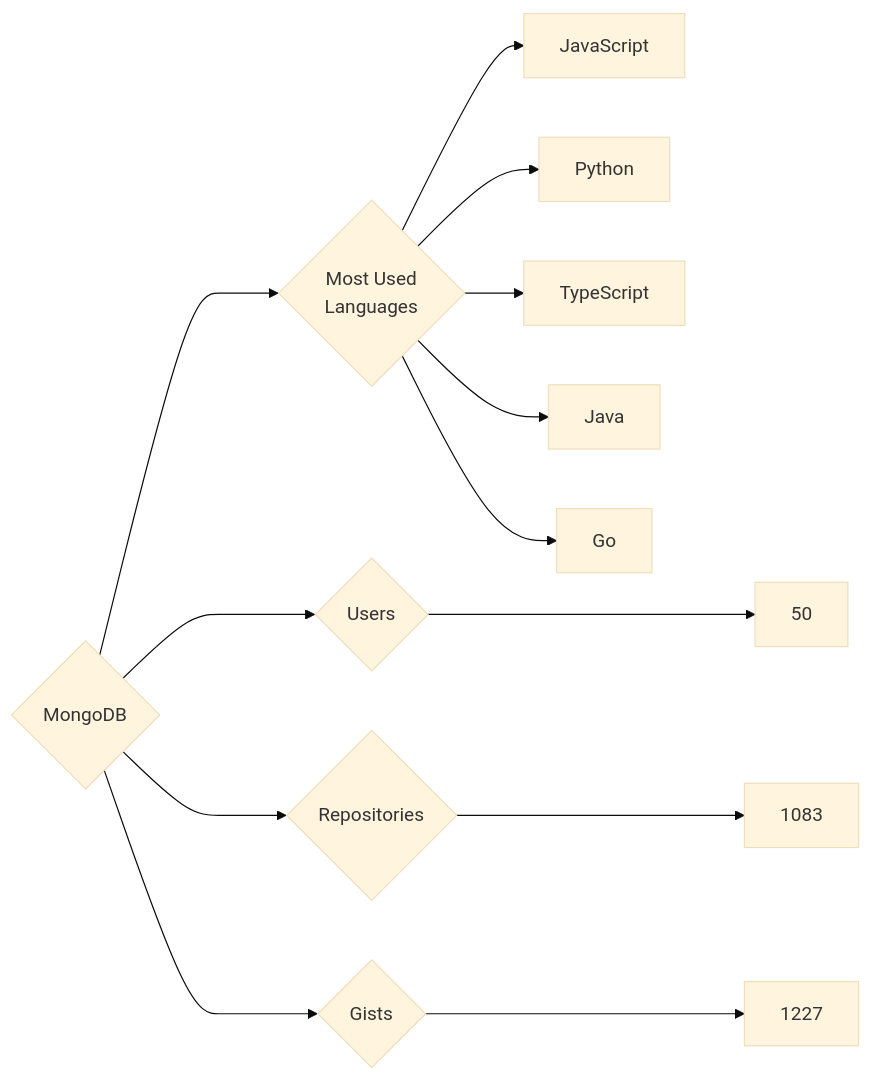
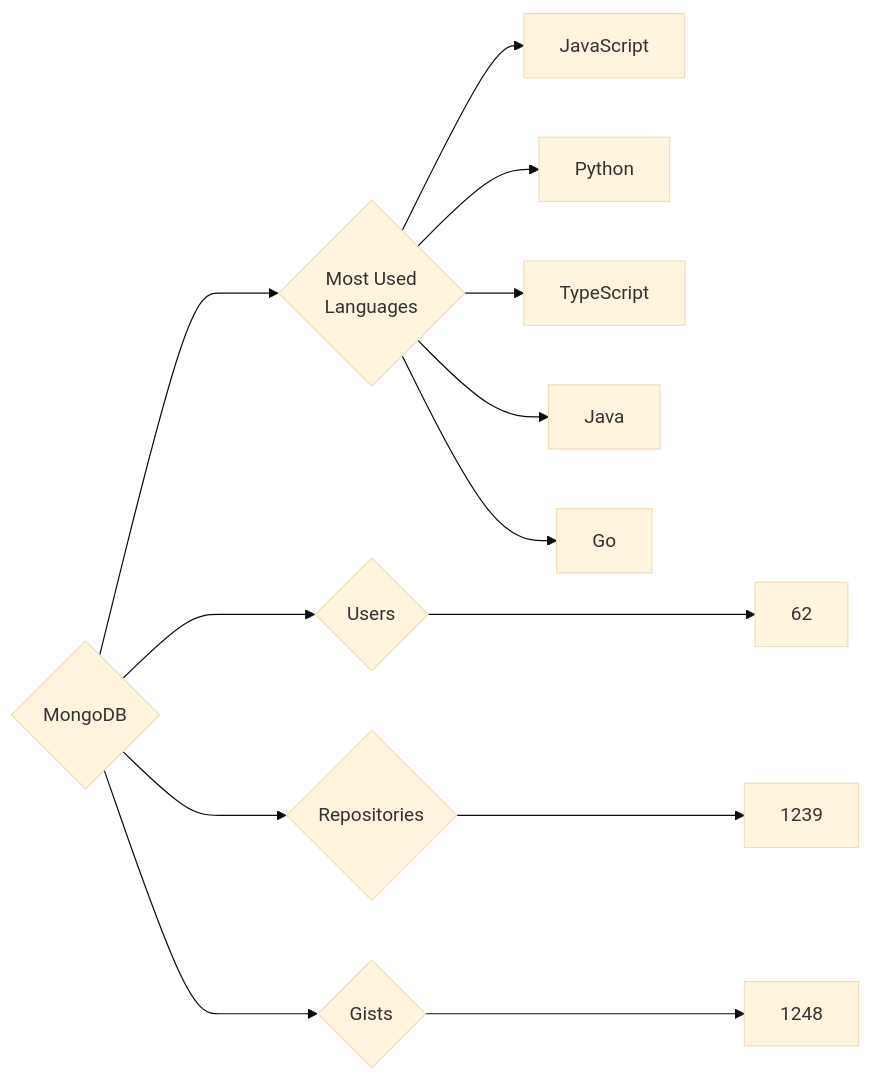
Before and after one commit to trickest/insiders: the diagram in targets/MongoDB/README.md, drawn with Mermaid (base theme). The commit also changed 1696 other files, not shown here.

````diff
--- a/targets/MongoDB/README.md
+++ b/targets/MongoDB/README.md
@@ -3,13 +3,13 @@
 ```mermaid
 graph LR
 COMPANY_NAME{MongoDB}
-COMPANY_NAME ---> U{Users} ---> UN[50]
-COMPANY_NAME ---> R{Repositories} ---> RN[1083]
-COMPANY_NAME ---> G{Gists} ---> GN[1227]
+COMPANY_NAME ---> U{Users} ---> UN[62]
+COMPANY_NAME ---> R{Repositories} ---> RN[1239]
+COMPANY_NAME ---> G{Gists} ---> GN[1248]
 COMPANY_NAME ---> ML{Most Used<br>Languages}
 ML --> JavaScript[JavaScript]
 ML --> Python[Python]
 ML --> TypeScript[TypeScript]
 ML --> Java[Java]
 ML --> Go[Go]
 ```
````
